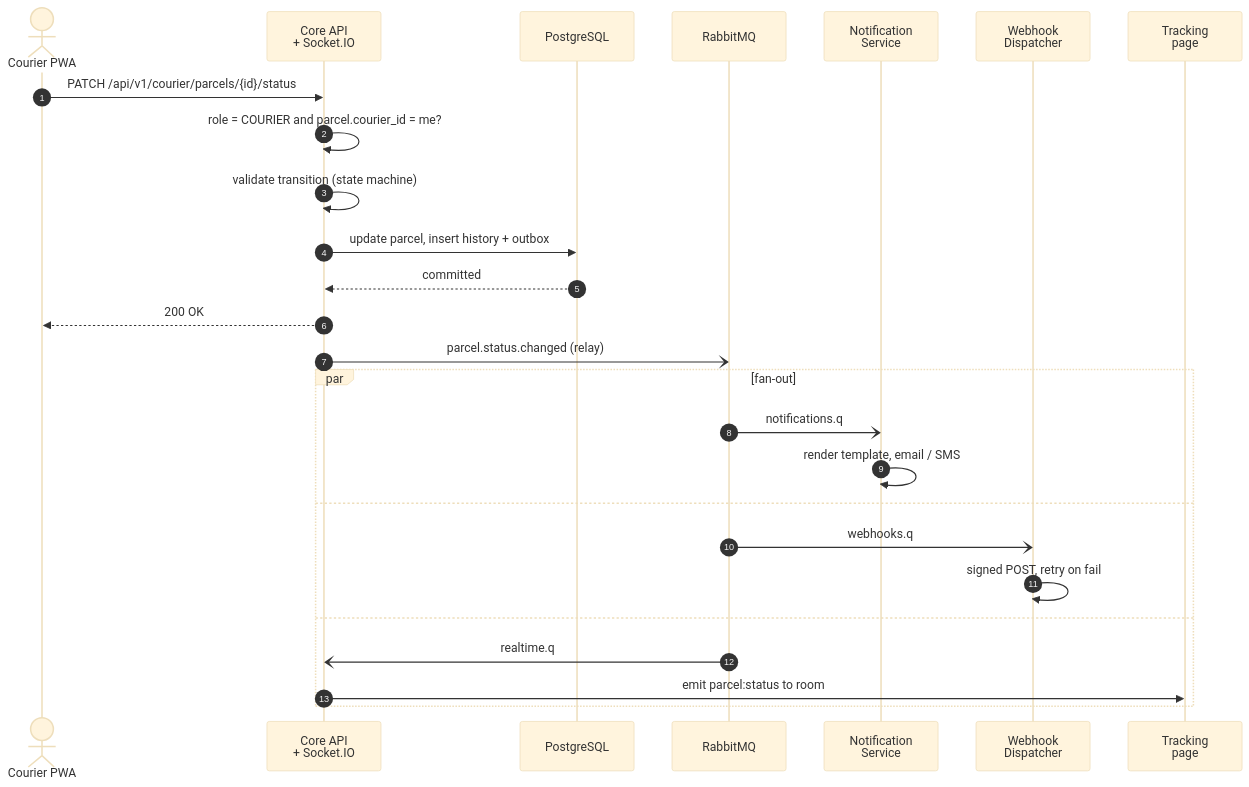
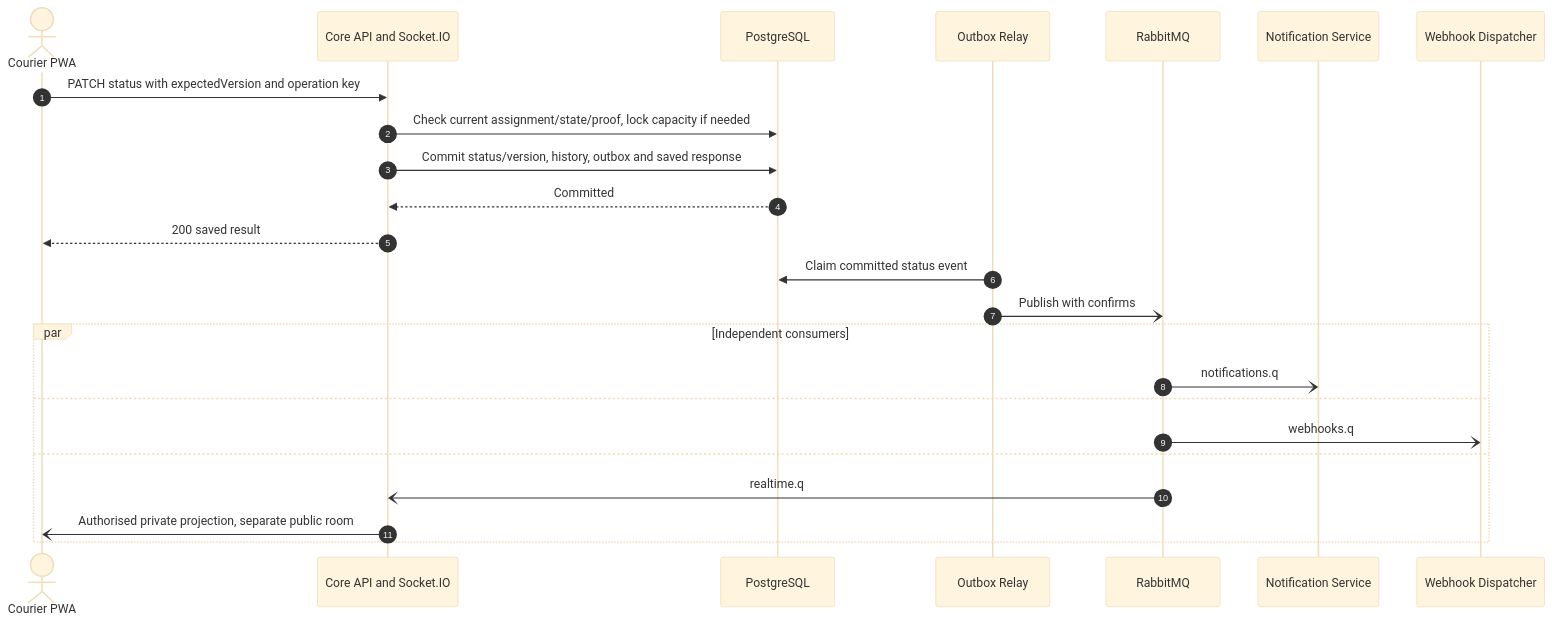
One commit to doktur-umair/swiftdrop changed diagram 11 of 16 in SWIFTDROP_DESIGN_DOCUMENTATION.md. Above: the diagram before and after it, drawn with Mermaid (base theme). The commit also changed other lines of this file and 88 other files, not shown here.

````diff
--- a/SWIFTDROP_DESIGN_DOCUMENTATION.md
+++ b/SWIFTDROP_DESIGN_DOCUMENTATION.md
@@ -901,31 +900,26 @@
 ```mermaid
 sequenceDiagram
     autonumber
     actor Courier as Courier PWA
-    participant API as Core API<br/>+ Socket.IO
+    participant API as Core API and Socket.IO
     participant DB as PostgreSQL
+    participant Relay as Outbox Relay
     participant Broker as RabbitMQ
-    participant Notif as Notification<br/>Service
-    participant Webhook as Webhook<br/>Dispatcher
-    participant Tracking as Tracking<br/>page
-
-    Courier->>API: PATCH /api/v1/courier/parcels/{id}/status
-    API->>API: role = COURIER and parcel.courier_id = me?
-    API->>API: validate transition (state machine)
-    API->>DB: update parcel, insert history + outbox
-    DB-->>API: committed
-    API-->>Courier: 200 OK
-
-    API-)Broker: parcel.status.changed (relay)
-
-    par fan-out
+    participant Notif as Notification Service
+    participant Webhook as Webhook Dispatcher
+    Courier->>API: PATCH status with expectedVersion and operation key
+    API->>DB: Check current assignment/state/proof, lock capacity if needed
+    API->>DB: Commit status/version, history, outbox and saved response
+    DB-->>API: Committed
+    API-->>Courier: 200 saved result
+    Relay->>DB: Claim committed status event
+    Relay-)Broker: Publish with confirms
+    par Independent consumers
         Broker-)Notif: notifications.q
-        Notif->>Notif: render template, email / SMS
     and
         Broker-)Webhook: webhooks.q
-        Webhook->>Webhook: signed POST, retry on fail
     and
         Broker-)API: realtime.q
-        API->>Tracking: emit parcel:status to room
+        API-)Courier: Authorised private projection, separate public room
     end
 ```
````
